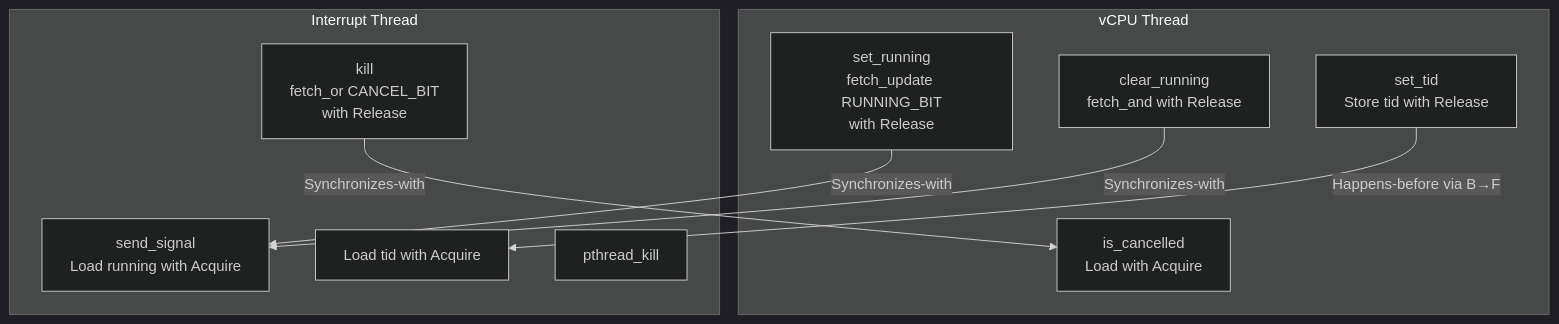
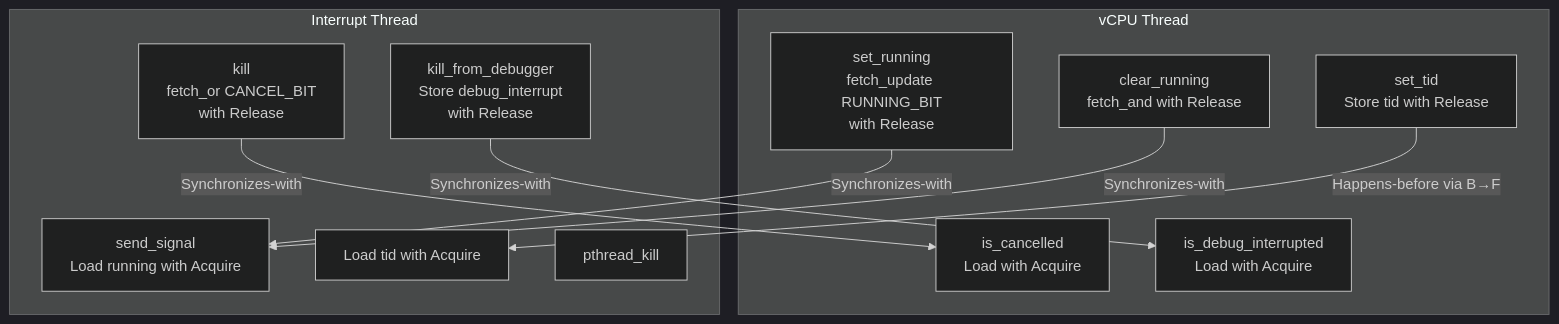
The third of 3 diagrams in docs/cancellation.md (hyperlight-dev/hyperlight), drawn with Mermaid (dark theme) before and after one commit. The commit also changed other lines of this file and 5 other files, not shown here.

````diff
--- a/docs/cancellation.md
+++ b/docs/cancellation.md
@@ -211,21 +197,24 @@
 ```mermaid
 graph TB
     subgraph "vCPU Thread"
         A[set_tid<br/>Store tid with Release]
         B[set_running<br/>fetch_update RUNNING_BIT<br/>with Release]
         C[is_cancelled<br/>Load with Acquire]
         D[clear_running<br/>fetch_and with Release]
+        J[is_debug_interrupted<br/>Load with Acquire]
     end
     
     subgraph "Interrupt Thread"
         E[kill<br/>fetch_or CANCEL_BIT<br/>with Release]
         F[send_signal<br/>Load running with Acquire]
         G[Load tid with Acquire]
         H[pthread_kill]
+        I[kill_from_debugger<br/>Store debug_interrupt<br/>with Release]
     end
     
     B -->|Synchronizes-with| F
     A -->|Happens-before via B→F| G
     E -->|Synchronizes-with| C
     D -->|Synchronizes-with| F
+    I -->|Synchronizes-with| J
 ```
````
